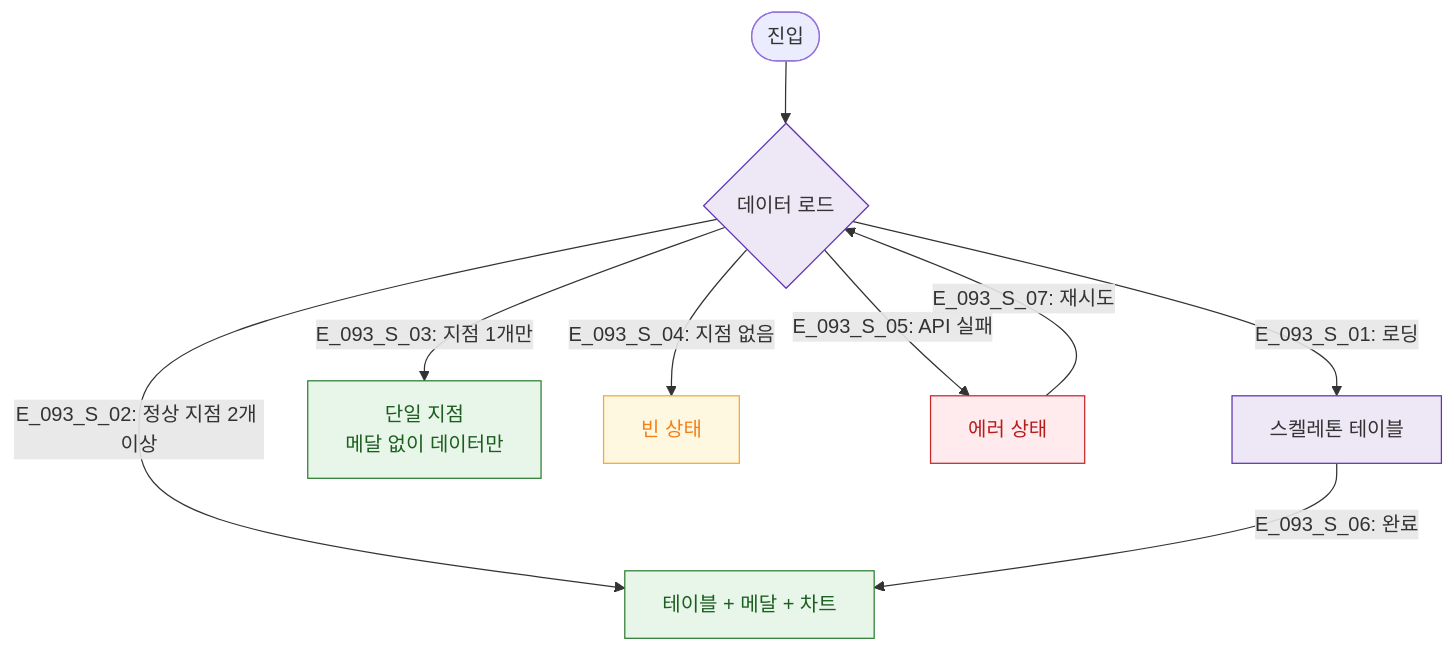
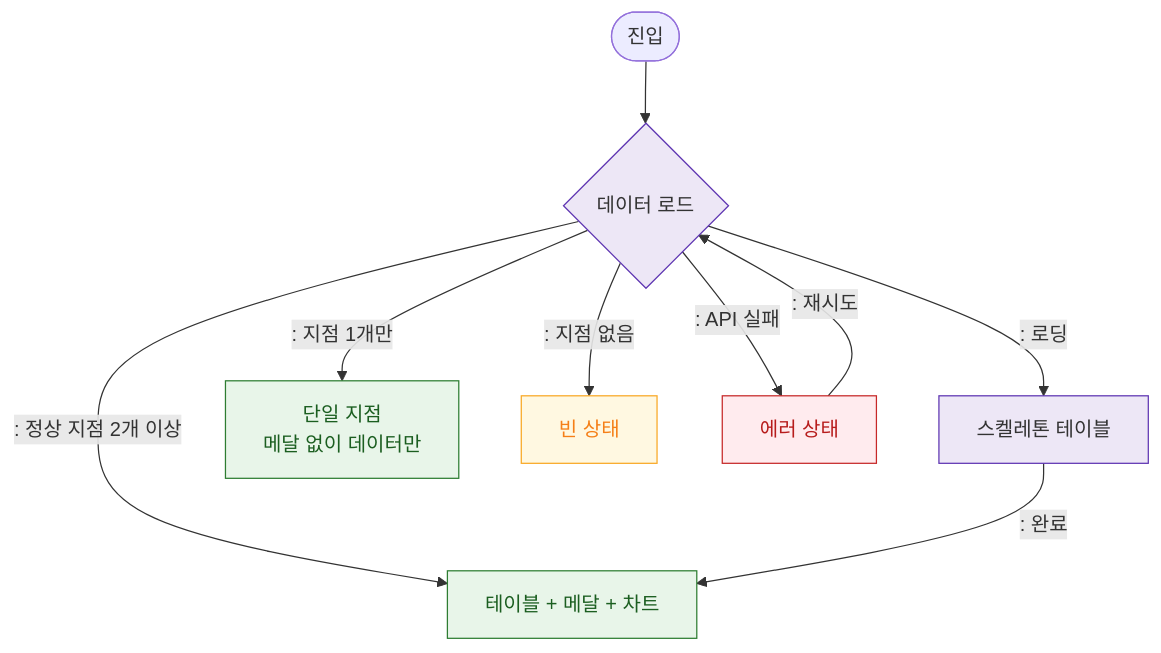
Before and after one commit to dev-spogym/admin-pando: the diagram in docs/다이어그램/D10_본사관리/SCR-093_지점성과리포트/F6_상태별.md, drawn with Mermaid. The commit also changed other lines of this file and 1660 other files, not shown here.

First line of the commit message:
다이어그램: 기획자/클라이언트 납품본으로 정리

````diff
--- a/docs/다이어그램/D10_본사관리/SCR-093_지점성과리포트/F6_상태별.md
+++ b/docs/다이어그램/D10_본사관리/SCR-093_지점성과리포트/F6_상태별.md
@@ -14,24 +12,24 @@
 ```mermaid
 flowchart TD
   Entry([진입]) --> Load{데이터 로드}
 
-  Load -->|"E_093_S_01: 로딩"| Loading[스켈레톤 테이블]
-  Load -->|"E_093_S_02: 정상 지점 2개 이상"| Normal[테이블 + 메달 + 차트]
-  Load -->|"E_093_S_03: 지점 1개만"| Single[단일 지점\n메달 없이 데이터만]
-  Load -->|"E_093_S_04: 지점 없음"| Empty[빈 상태]
-  Load -->|"E_093_S_05: API 실패"| Error[에러 상태]
+  Load -->|": 로딩"|Loading[스켈레톤 테이블]
+  Load -->|": 정상 지점 2개 이상"|Normal[테이블 + 메달 + 차트]
+  Load -->|": 지점 1개만"|Single[단일 지점\n메달 없이 데이터만]
+  Load -->|": 지점 없음"|Empty[빈 상태]
+  Load -->|": API 실패"|Error[에러 상태]
 
-  Loading -->|"E_093_S_06: 완료"| Normal
-  Error -->|"E_093_S_07: 재시도"| Load
+  Loading -->|": 완료"|Normal
+  Error -->|": 재시도"|Load
 
   classDef screen fill:#E3F2FD,stroke:#1976D2,color:#0D47A1
   classDef system fill:#EDE7F6,stroke:#5E35B2
   classDef error fill:#FFEBEE,stroke:#C62828,color:#B71C1C
   classDef warning fill:#FFF8E1,stroke:#F9A825,color:#F57F17
   classDef success fill:#E8F5E9,stroke:#2E7D32,color:#1B5E20
 
   class Normal,Single success
   class Loading,Load system
   class Error error
   class Empty warning
 ```
````
